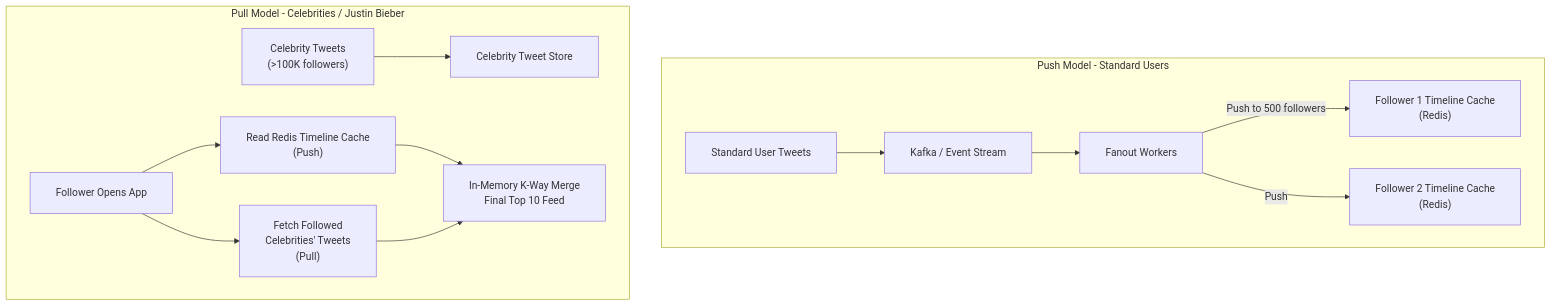
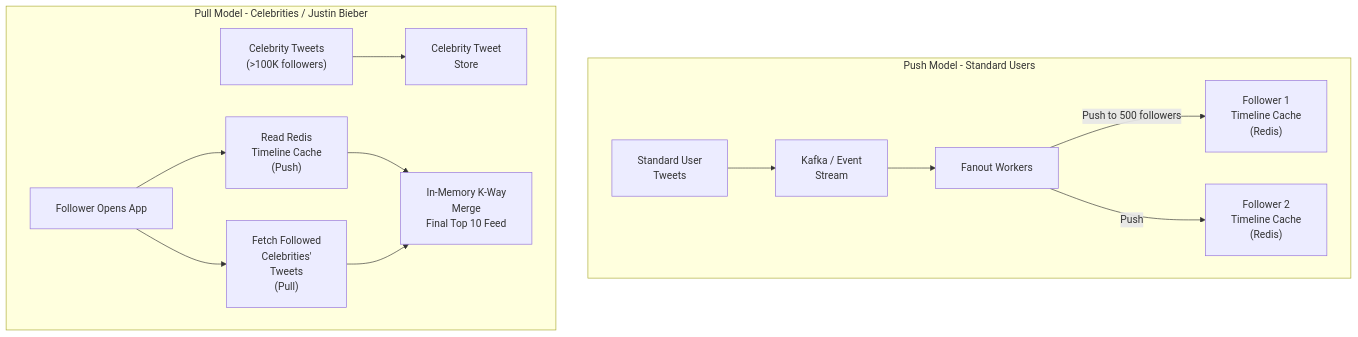
One commit to dip4k/DSA_102 changed the third of 3 diagrams in LLD/03_Tier3_DSA_Screening/30_Social_Media_Feed_Twitter.md. Above: the diagram before and after it, drawn with Mermaid. The commit also changed other lines of this file and 106 other files, not shown here.

First line of the commit message:
fix(mermaid): prevent text clipping with foreignObject overflow and tighter line wrapping

````diff
--- a/LLD/03_Tier3_DSA_Screening/30_Social_Media_Feed_Twitter.md
+++ b/LLD/03_Tier3_DSA_Screening/30_Social_Media_Feed_Twitter.md
@@ -67,17 +67,17 @@
 ```mermaid
-%%{init: {"flowchart": {"htmlLabels": true, "padding": 20}}}%%
+%%{init: {"flowchart": {"htmlLabels": true, "padding": 20}, "themeCSS": "foreignObject { overflow: visible !important; }"}}%%
 flowchart TD
     subgraph Fanout-on-Write [Push Model - Standard Users]
-        UserA["Standard User Tweets"] --> MsgQ["Kafka / Event Stream"]
+        UserA["Standard User<br/>Tweets"] --> MsgQ["Kafka / Event<br/>Stream"]
         MsgQ --> Workers["Fanout Workers"]
-        Workers -->|"Push to 500 followers"| RedisA["Follower 1 Timeline Cache<br/>(Redis)"]
-        Workers -->|"Push"| RedisB["Follower 2 Timeline Cache<br/>(Redis)"]
+        Workers -->|"Push to 500 followers"| RedisA["Follower 1<br/>Timeline Cache<br/>(Redis)"]
+        Workers -->|"Push"| RedisB["Follower 2<br/>Timeline Cache<br/>(Redis)"]
     end
 
     subgraph Fanout-on-Read [Pull Model - Celebrities / Justin Bieber]
-        Celeb["Celebrity Tweets<br/>(>100K followers)"] --> CelebStore["Celebrity Tweet Store"]
-        Reader["Follower Opens App"] --> ReadTimeline["Read Redis Timeline Cache<br/>(Push)"]
-        Reader --> ReadCeleb["Fetch Followed<br/>Celebrities' Tweets<br/>(Pull)"]
-        ReadTimeline & ReadCeleb --> InMemMerge["In-Memory K-Way Merge<br/>Final Top 10 Feed"]
+        Celeb["Celebrity Tweets<br/>(>100K followers)"] --> CelebStore["Celebrity Tweet<br/>Store"]
+        Reader["Follower Opens App"] --> ReadTimeline["Read Redis<br/>Timeline Cache<br/>(Push)"]
+        Reader --> ReadCeleb["Fetch Followed<br/>Celebrities'<br/>Tweets<br/>(Pull)"]
+        ReadTimeline & ReadCeleb --> InMemMerge["In-Memory K-Way<br/>Merge<br/>Final Top 10 Feed"]
     end
 ```
````
